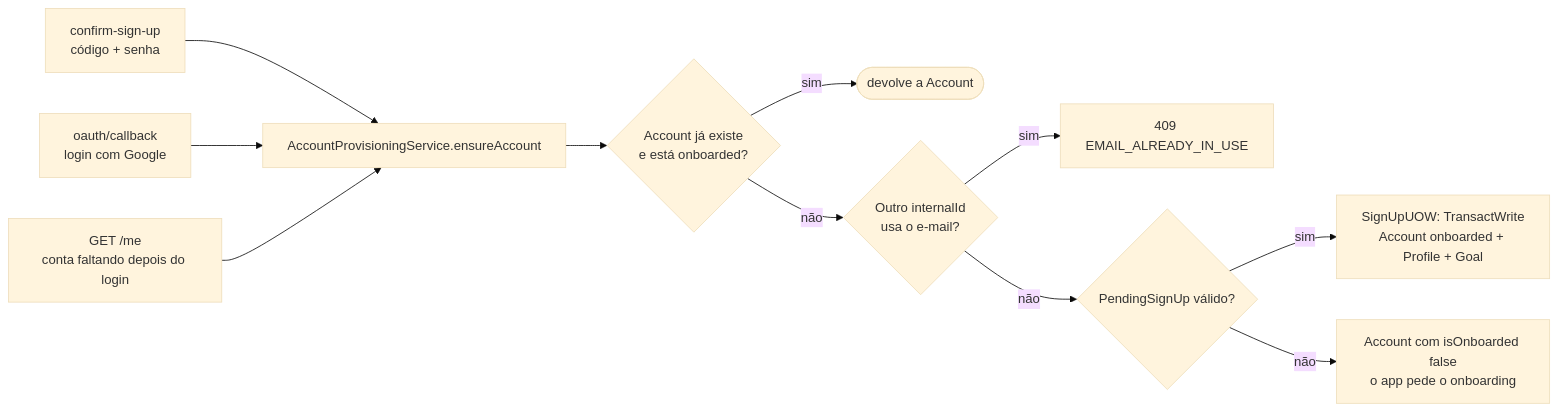
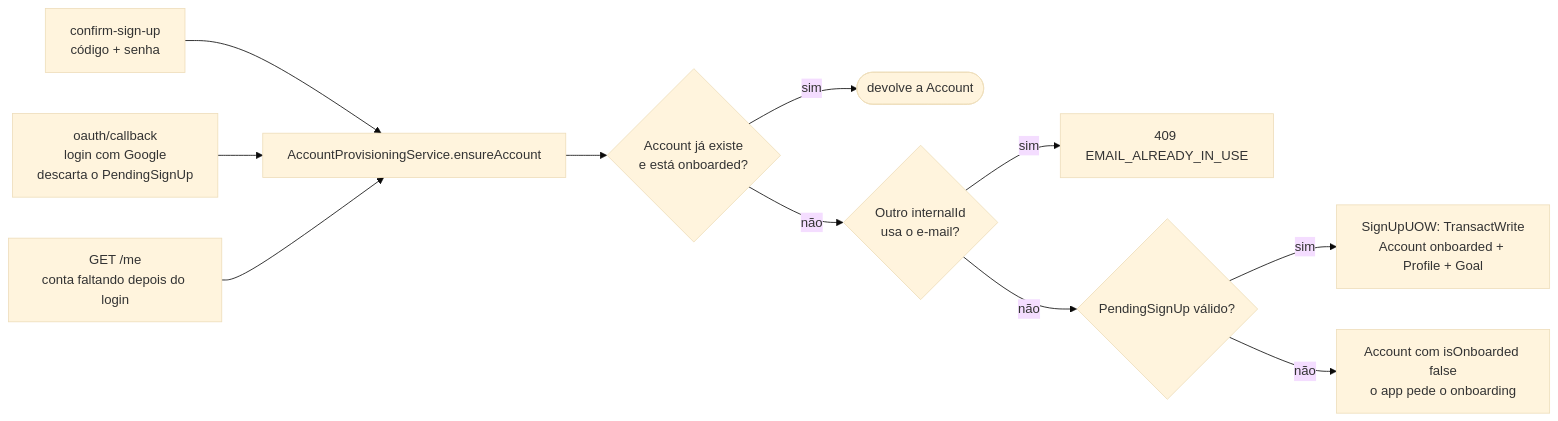
The third of 3 diagrams in docs/guide/fluxos/auth-cadastro-email.md (nivaldoandrade/nacal-api), drawn with Mermaid (base theme) before and after one commit. The commit also changed other lines of this file and 10 other files, not shown here.

Commit message:
fix(api): discard pending sign-up on google login and skip completed onboarding

````diff
--- a/docs/guide/fluxos/auth-cadastro-email.md
+++ b/docs/guide/fluxos/auth-cadastro-email.md
@@ -115,13 +115,13 @@
 ```mermaid
 flowchart LR
     a["confirm-sign-up<br/>código + senha"] --> svc
-    b["oauth/callback<br/>login com Google"] --> svc
+    b["oauth/callback<br/>login com Google<br/>descarta o PendingSignUp"] --> svc
     c["GET /me<br/>conta faltando depois do login"] --> svc
     svc["AccountProvisioningService.ensureAccount"] --> d{"Account já existe<br/>e está onboarded?"}
     d -- "sim" --> ret(["devolve a Account"])
     d -- "não" --> e{"Outro internalId<br/>usa o e-mail?"}
     e -- "sim" --> conflict["409 EMAIL_ALREADY_IN_USE"]
     e -- "não" --> f{"PendingSignUp válido?"}
     f -- "sim" --> uow["SignUpUOW: TransactWrite<br/>Account onboarded + Profile + Goal"]
     f -- "não" --> plain["Account com isOnboarded false<br/>o app pede o onboarding"]
 ```
````
